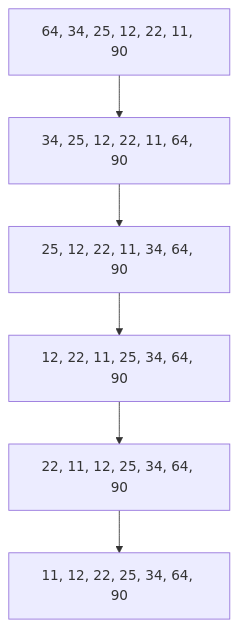
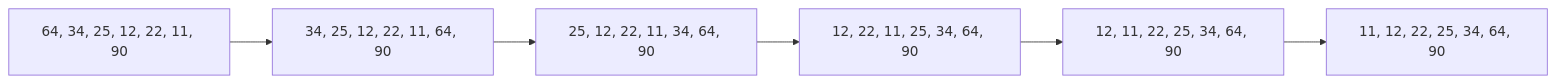
One commit to 42jerrykim/42jerrykim.github.io changed diagram 11 of 11 in content/post/2024/2024-08-26-bubble-sort/index.md. Above: the diagram before and after it, drawn with Mermaid. The commit also changed other lines of this file and 239 other files, not shown here.

````diff
--- a/content/post/2024/2024-08-26-bubble-sort/index.md
+++ b/content/post/2024/2024-08-26-bubble-sort/index.md
@@ -697,8 +533,8 @@
 ```mermaid
-graph TD;
-    A[64, 34, 25, 12, 22, 11, 90] --> B[34, 25, 12, 22, 11, 64, 90]
-    B --> C[25, 12, 22, 11, 34, 64, 90]
-    C --> D[12, 22, 11, 25, 34, 64, 90]
-    D --> E[22, 11, 12, 25, 34, 64, 90]
-    E --> F[11, 12, 22, 25, 34, 64, 90]
+flowchart LR
+    stateInit["64, 34, 25, 12, 22, 11, 90"] --> stateP1["34, 25, 12, 22, 11, 64, 90"]
+    stateP1 --> stateP2["25, 12, 22, 11, 34, 64, 90"]
+    stateP2 --> stateP3["12, 22, 11, 25, 34, 64, 90"]
+    stateP3 --> stateP4["12, 11, 22, 25, 34, 64, 90"]
+    stateP4 --> stateFinal["11, 12, 22, 25, 34, 64, 90"]
 ```
````
